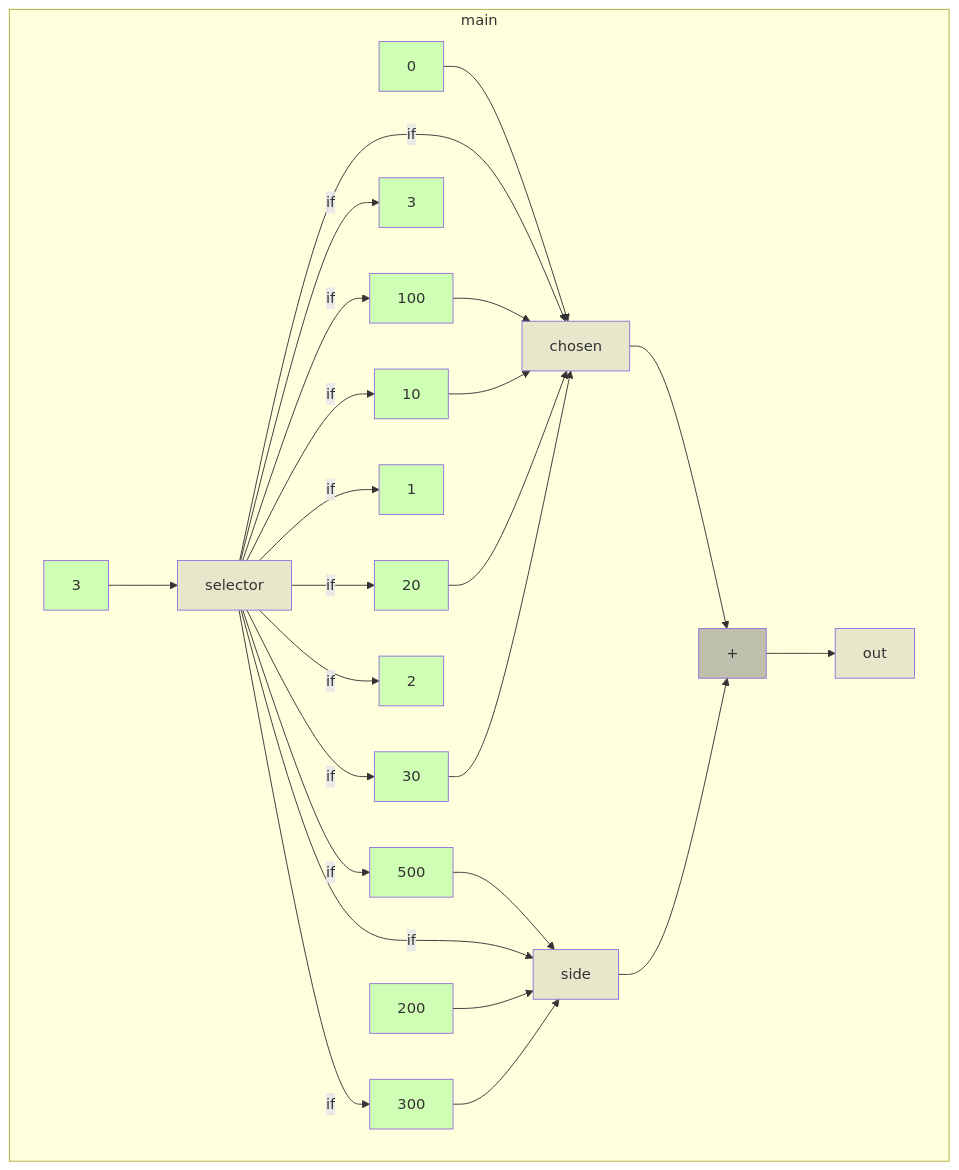
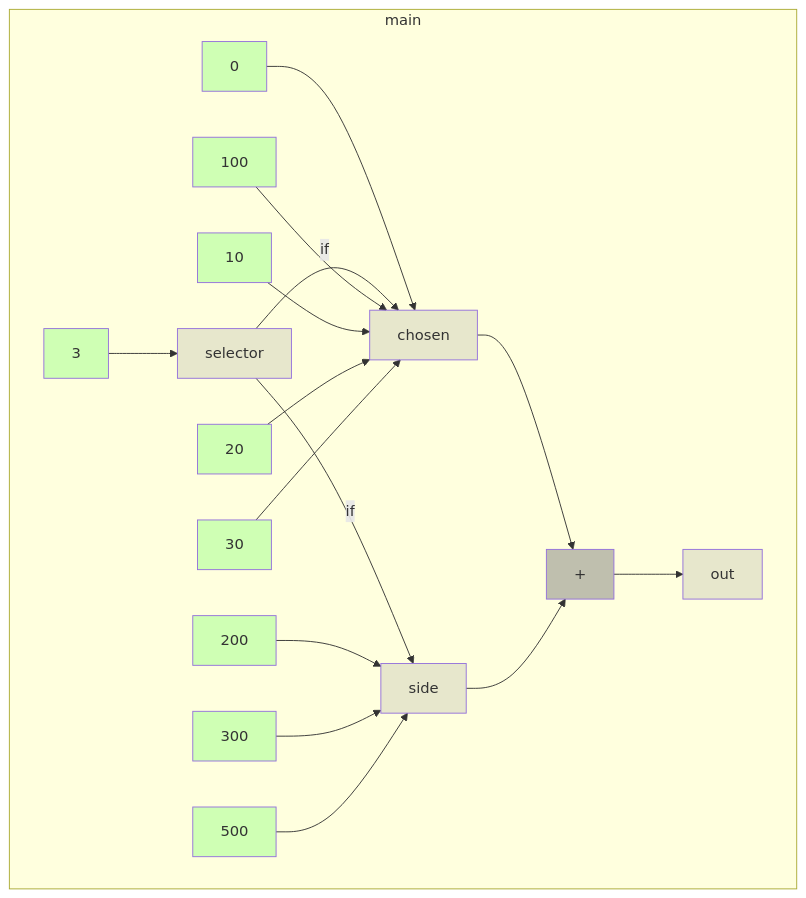
The diagram in app/src/test/resources/switchStatement/spike-truth.md (gstiebler/codeflow), drawn with Mermaid before and after one commit. The commit also changed 21 other files, not shown here.

````diff
--- a/app/src/test/resources/switchStatement/spike-truth.md
+++ b/app/src/test/resources/switchStatement/spike-truth.md
@@ -3,52 +3,40 @@
 ```mermaid
 flowchart TD
   subgraph m0["main"]
     n0["+"]:::BIN_OP
     n1["0"]:::LITERAL
     n2["100"]:::LITERAL
     n3["10"]:::LITERAL
-    n4["1"]:::LITERAL
-    n5["200"]:::LITERAL
-    n6["20"]:::LITERAL
-    n7["2"]:::LITERAL
-    n8["300"]:::LITERAL
-    n9["30"]:::LITERAL
-    n10["3"]:::LITERAL
-    n11["3"]:::LITERAL
-    n12["500"]:::LITERAL
-    n13["chosen"]:::VARIABLE
-    n14["out"]:::VARIABLE
-    n15["selector"]:::VARIABLE
-    n16["side"]:::VARIABLE
+    n4["200"]:::LITERAL
+    n5["20"]:::LITERAL
+    n6["300"]:::LITERAL
+    n7["30"]:::LITERAL
+    n8["3"]:::LITERAL
+    n9["500"]:::LITERAL
+    n10["chosen"]:::VARIABLE
+    n11["out"]:::VARIABLE
+    n12["selector"]:::VARIABLE
+    n13["side"]:::VARIABLE
   end
-  n0 --> n14
-  n1 --> n13
-  n10 --> n15
-  n12 --> n16
+  n0 --> n11
+  n1 --> n10
+  n10 --> n0
+  n12 -->|if| n10
+  n12 -->|if| n13
   n13 --> n0
-  n15 -->|if| n11
-  n15 -->|if| n12
-  n15 -->|if| n13
-  n15 -->|if| n16
-  n15 -->|if| n2
-  n15 -->|if| n3
-  n15 -->|if| n4
-  n15 -->|if| n6
-  n15 -->|if| n7
-  n15 -->|if| n8
-  n15 -->|if| n9
-  n16 --> n0
-  n2 --> n13
-  n3 --> n13
-  n5 --> n16
+  n2 --> n10
+  n3 --> n10
+  n4 --> n13
+  n5 --> n10
   n6 --> n13
-  n8 --> n16
+  n7 --> n10
+  n8 --> n12
   n9 --> n13
   classDef LITERAL fill:#00FF0030
   classDef VARIABLE fill:#80808030
   classDef BIN_OP fill:#80808080
   classDef FUNC_PARAM fill:#8080FF30
   classDef RETURN fill:#FF808080
   classDef EXTERNAL fill:#FFA50040
   classDef UNMODELLED fill:#FF000030,stroke-dasharray: 4 2
 ```
````
